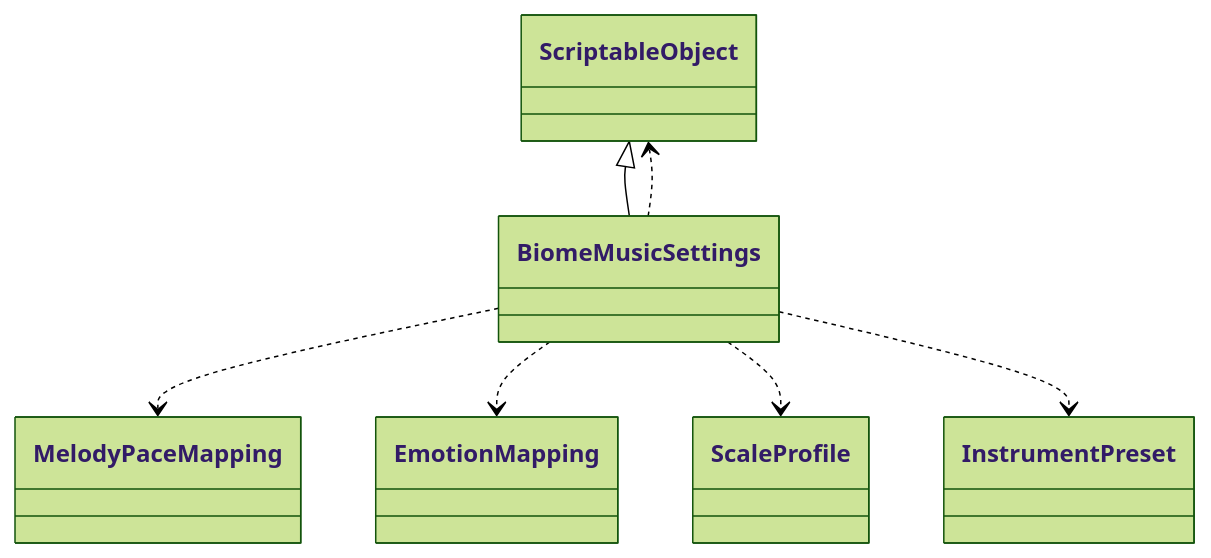
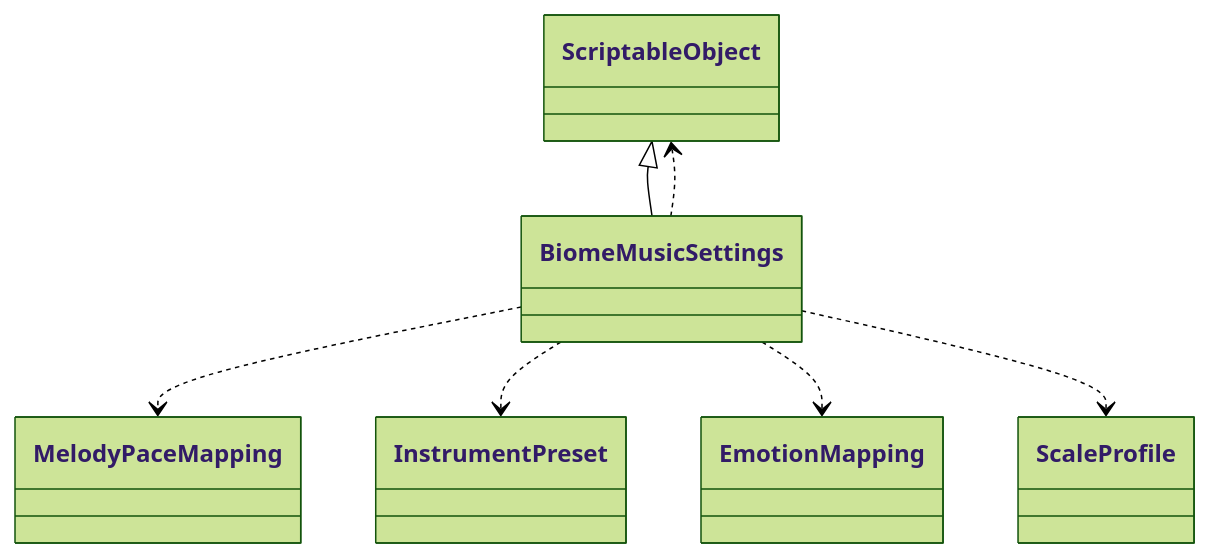
Diagram 11 of 31 in test/test.md (schnock-art/project_inspector), drawn with Mermaid (forest theme) before and after one commit. The commit also changed other lines of this file and 2 other files, not shown here.

Commit message:
Fixed empyt mermaid diagrams

````diff
--- a/test/test.md
+++ b/test/test.md
@@ -317,9 +316,9 @@
 ```mermaid
 classDiagram
 ScriptableObject <|-- BiomeMusicSettings
 BiomeMusicSettings ..> MelodyPaceMapping
+BiomeMusicSettings ..> InstrumentPreset
 BiomeMusicSettings ..> EmotionMapping
 BiomeMusicSettings ..> ScaleProfile
 BiomeMusicSettings ..> ScriptableObject
-BiomeMusicSettings ..> InstrumentPreset
 ```
````
